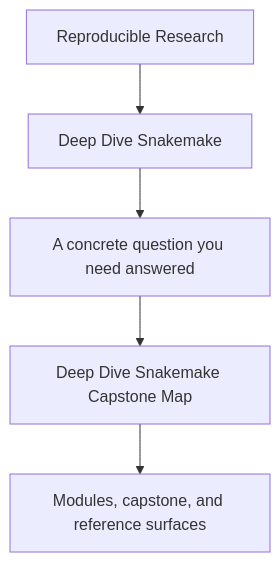
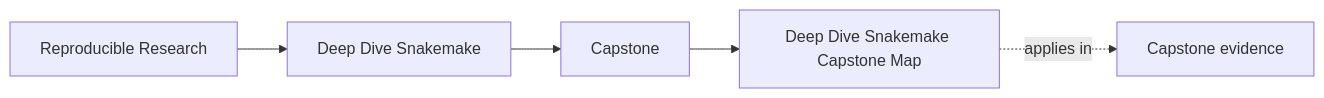
The first of 2 diagrams in programs/reproducible-research/deep-dive-snakemake/course-book/capstone/capstone-map.md (bijux/bijux-masterclass), drawn with Mermaid before and after one commit. The commit also changed other lines of this file and 149 other files, not shown here.

Commit message:
docs(deep-dive-snakemake): map workflow proof and operations surfaces

````diff
--- a/programs/reproducible-research/deep-dive-snakemake/course-book/capstone/capstone-map.md
+++ b/programs/reproducible-research/deep-dive-snakemake/course-book/capstone/capstone-map.md
@@ -6,7 +6,11 @@
 ```mermaid
-flowchart TD
-  family["Reproducible Research"] --> program["Deep Dive Snakemake"]
-  program --> pressure["A concrete question you need answered"]
-  pressure --> guide["Deep Dive Snakemake Capstone Map"]
-  guide --> next["Modules, capstone, and reference surfaces"]
+graph LR
+  family["Reproducible Research"]
+  program["Deep Dive Snakemake"]
+  section["Capstone"]
+  page["Deep Dive Snakemake Capstone Map"]
+  capstone["Capstone evidence"]
+
+  family --> program --> section --> page
+  page -.applies in.-> capstone
 ```
````
